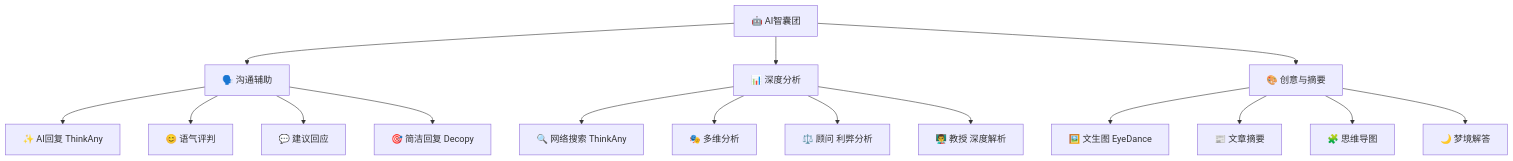
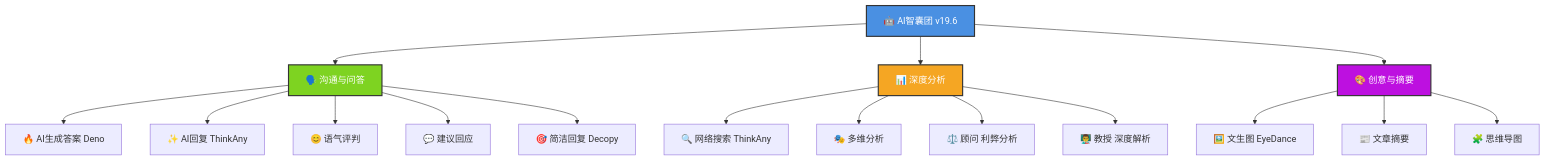
The first of 4 diagrams in README.md (lzA6/js-goblin), drawn with Mermaid before and after one commit. The commit also changed other lines of this file, not shown here.

````diff
--- a/README.md
+++ b/README.md
@@ -161,21 +183,26 @@
 ```mermaid
 graph TD
-    A[🤖 AI智囊团] --> B[🗣️ 沟通辅助]
+    A[🤖 AI智囊团 v19.6] --> B[🗣️ 沟通与问答]
     A --> C[📊 深度分析]  
     A --> D[🎨 创意与摘要]
     
+    B --> B0[🔥 AI生成答案 Deno]
     B --> B1[✨ AI回复 ThinkAny]
     B --> B2[😊 语气评判]
     B --> B3[💬 建议回应]
     B --> B4[🎯 简洁回复 Decopy]
     
     C --> C1[🔍 网络搜索 ThinkAny]
     C --> C2[🎭 多维分析]
     C --> C3[⚖️ 顾问 利弊分析]
     C --> C4[👨‍🏫 教授 深度解析]
     
     D --> D1[🖼️ 文生图 EyeDance]
     D --> D2[📰 文章摘要]
     D --> D3[🧩 思维导图]
-    D --> D4[🌙 梦境解答]
+
+    style A fill:#4a90e2,color:#fff,stroke:#333,stroke-width:2px
+    style B fill:#7ed321,color:#fff,stroke:#333,stroke-width:2px
+    style C fill:#f5a623,color:#fff,stroke:#333,stroke-width:2px
+    style D fill:#bd10e0,color:#fff,stroke:#333,stroke-width:2px
 ```
````
